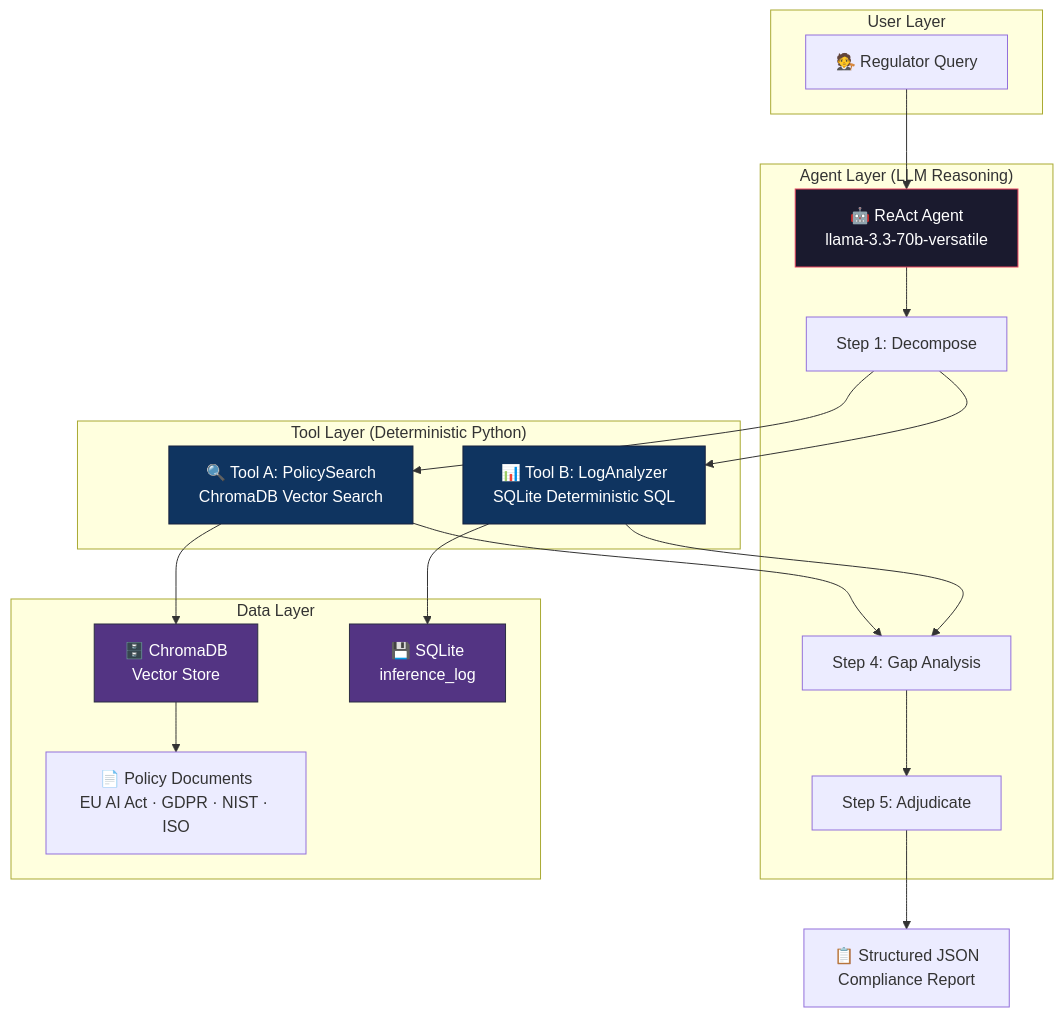
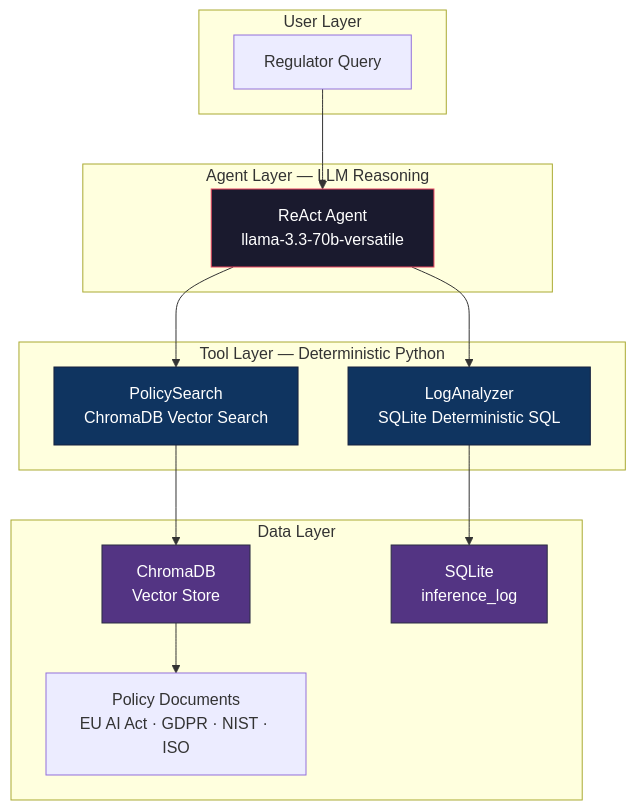
Before and after one commit to yash-ganatra/GovernedRAG: the diagram in README.md, drawn with Mermaid. The commit also changed other lines of this file and 2 other files, not shown here.

````diff
--- a/README.md
+++ b/README.md
@@ -36,42 +23,34 @@
 ```mermaid
 graph TB
     subgraph "User Layer"
-        Q["🧑‍⚖️ Regulator Query"]
+        Q["Regulator Query"]
     end
 
-    subgraph "Agent Layer (LLM Reasoning)"
-        A["🤖 ReAct Agent<br/>llama-3.3-70b-versatile"]
-        S1["Step 1: Decompose"]
-        S4["Step 4: Gap Analysis"]
-        S5["Step 5: Adjudicate"]
+    subgraph "Agent Layer — LLM Reasoning"
+        A["ReAct Agent<br/>llama-3.3-70b-versatile"]
     end
 
-    subgraph "Tool Layer (Deterministic Python)"
-        TA["🔍 Tool A: PolicySearch<br/>ChromaDB Vector Search"]
-        TB["📊 Tool B: LogAnalyzer<br/>SQLite Deterministic SQL"]
+    subgraph "Tool Layer — Deterministic Python"
+        TA["PolicySearch<br/>ChromaDB Vector Search"]
+        TB["LogAnalyzer<br/>SQLite Deterministic SQL"]
     end
 
     subgraph "Data Layer"
-        VDB["🗄️ ChromaDB<br/>Vector Store"]
-        SQL["💾 SQLite<br/>inference_log"]
-        DOCS["📄 Policy Documents<br/>EU AI Act · GDPR · NIST · ISO"]
+        VDB["ChromaDB<br/>Vector Store"]
+        SQL["SQLite<br/>inference_log"]
+        DOCS["Policy Documents<br/>EU AI Act · GDPR · NIST · ISO"]
     end
 
     Q --> A
-    A --> S1
-    S1 --> TA
-    S1 --> TB
+    A --> TA
+    A --> TB
     TA --> VDB
     VDB --> DOCS
     TB --> SQL
-    TA --> S4
-    TB --> S4
-    S4 --> S5
-    S5 --> R["📋 Structured JSON<br/>Compliance Report"]
 
     style A fill:#1a1a2e,stroke:#e94560,color:#fff
     style TA fill:#0f3460,stroke:#16213e,color:#fff
     style TB fill:#0f3460,stroke:#16213e,color:#fff
     style VDB fill:#533483,stroke:#2b2d42,color:#fff
     style SQL fill:#533483,stroke:#2b2d42,color:#fff
 ```
````
